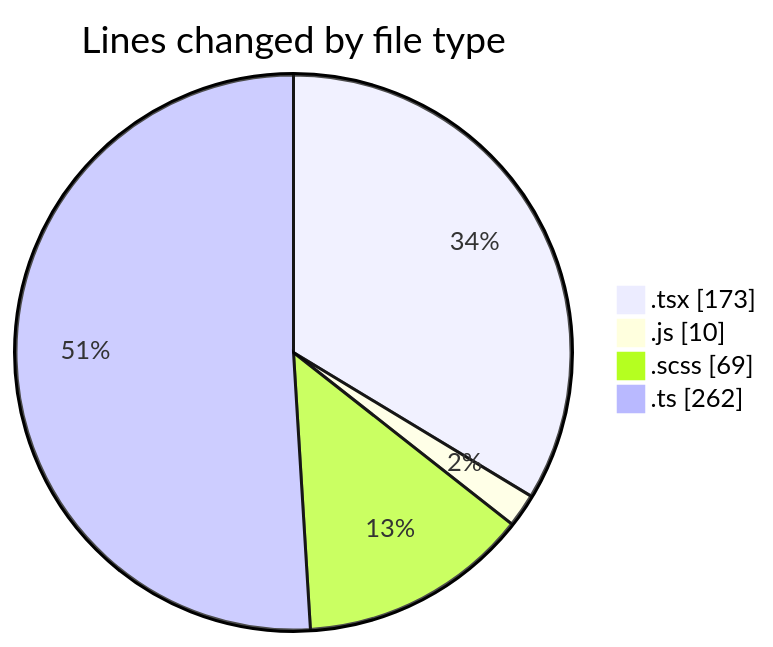
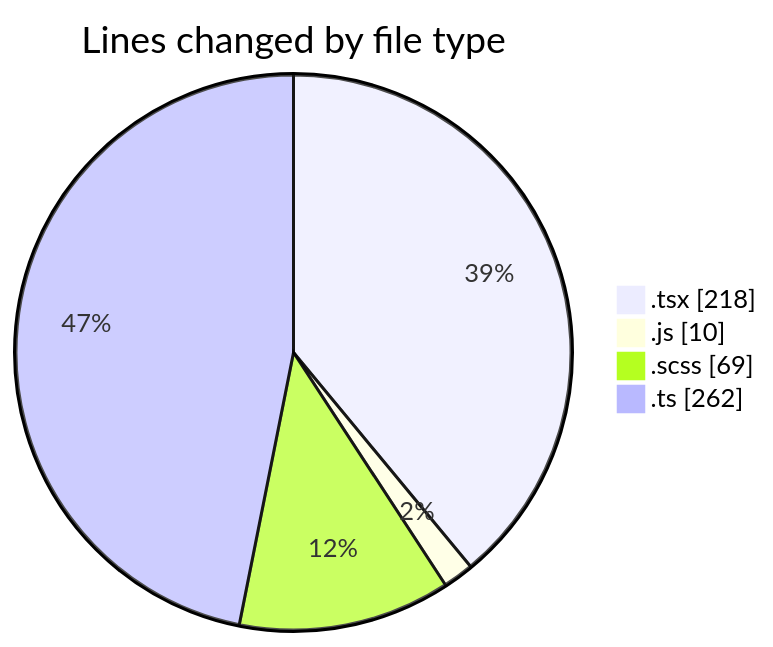
The first of 2 diagrams in 2026-08-25/cda/README.md (momahboobian/code-tracking), drawn with Mermaid before and after one commit. The commit also changed other lines of this file and 1 other file, not shown here.

````diff
--- a/2026-08-25/cda/README.md
+++ b/2026-08-25/cda/README.md
@@ -27,8 +27,8 @@
 ```mermaid
 pie showData
 title Lines changed by file type
-".tsx" : 173
+".tsx" : 218
 ".js" : 10
 ".scss" : 69
 ".ts" : 262
 ```
````
